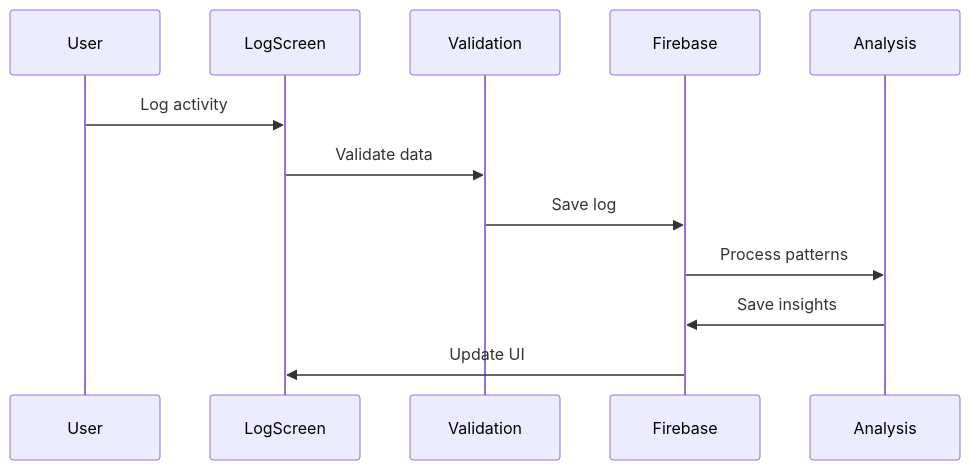
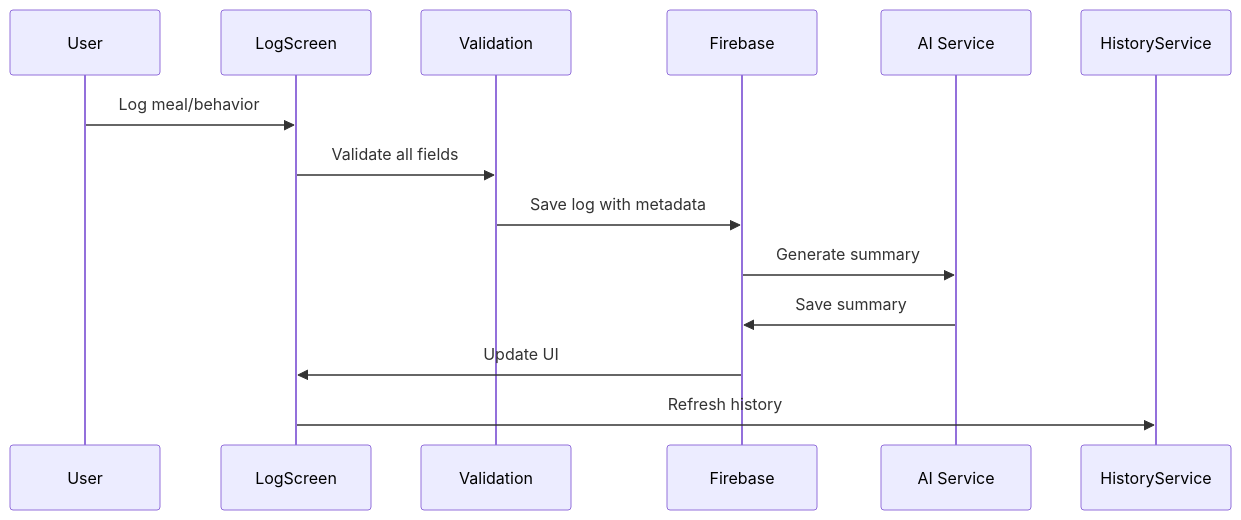
One commit to HemanB/Interosight changed the third of 5 diagrams in docs/core/DATA_FLOW.md. Above: the diagram before and after it, drawn with Mermaid. The commit also changed other lines of this file and 7 other files, not shown here.

````diff
--- a/docs/core/DATA_FLOW.md
+++ b/docs/core/DATA_FLOW.md
@@ -74,9 +92,10 @@
 ```mermaid
 sequenceDiagram
-    User->>LogScreen: Log activity
-    LogScreen->>Validation: Validate data
-    Validation->>Firebase: Save log
-    Firebase->>Analysis: Process patterns
-    Analysis->>Firebase: Save insights
+    User->>LogScreen: Log meal/behavior
+    LogScreen->>Validation: Validate all fields
+    Validation->>Firebase: Save log with metadata
+    Firebase->>AI Service: Generate summary
+    AI Service->>Firebase: Save summary
     Firebase->>LogScreen: Update UI
+    LogScreen->>HistoryService: Refresh history
 ```
````
